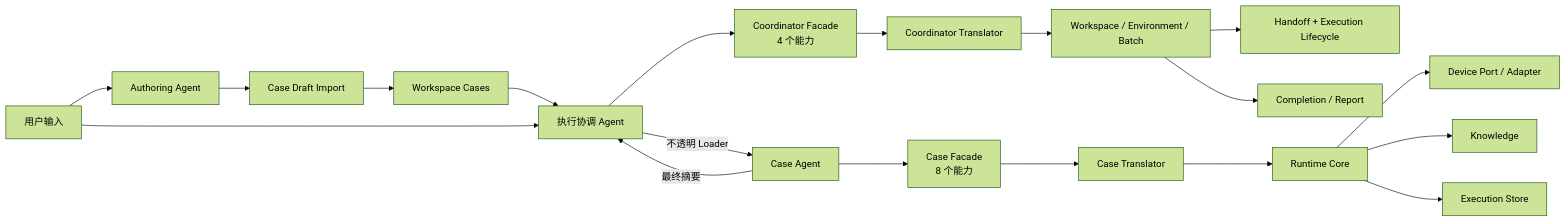
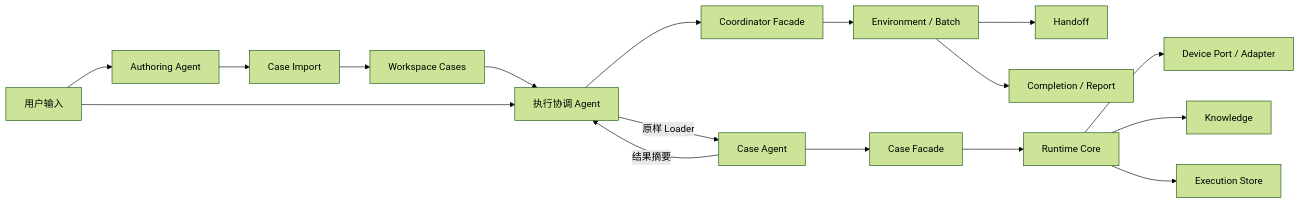
Before and after one commit to lianghuihui-plus/DevKit: the first of 2 diagrams in skills/mobile-ai-visual-test/docs/architecture.md, drawn with Mermaid (forest theme). The commit also changed other lines of this file and 118 other files, not shown here.

````diff
--- a/skills/mobile-ai-visual-test/docs/architecture.md
+++ b/skills/mobile-ai-visual-test/docs/architecture.md
@@ -20,21 +18,19 @@
 ```mermaid
 flowchart LR
   U["用户输入"] --> AU["Authoring Agent"]
-  AU --> AI["Case Draft Import"]
-  AI --> C["Workspace Cases"]
+  AU --> I["Case Import"]
+  I --> W["Workspace Cases"]
   U --> M["执行协调 Agent"]
-  C --> M
-  M --> CF["Coordinator Facade<br/>4 个能力"]
-  CF --> CT["Coordinator Translator"]
-  CT --> B["Workspace / Environment / Batch"]
-  B --> L["Handoff + Execution Lifecycle"]
-  M -->|"不透明 Loader"| A["Case Agent"]
-  A --> AF["Case Facade<br/>8 个能力"]
-  AF --> AT["Case Translator"]
-  AT --> R["Runtime Core"]
+  W --> M
+  M --> CF["Coordinator Facade"]
+  CF --> B["Environment / Batch"]
+  B --> H["Handoff"]
+  M -->|"原样 Loader"| A["Case Agent"]
+  A --> RF["Case Facade"]
+  RF --> R["Runtime Core"]
   R --> D["Device Port / Adapter"]
   R --> K["Knowledge"]
   R --> S["Execution Store"]
-  A -->|"最终摘要"| M
+  A -->|"结果摘要"| M
   B --> P["Completion / Report"]
 ```
````
